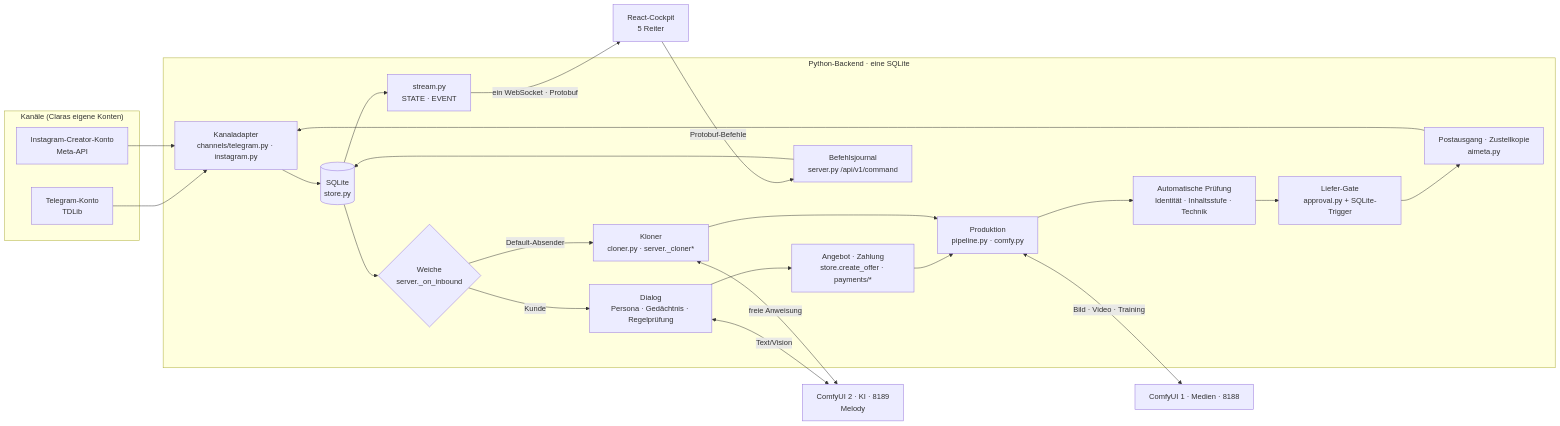
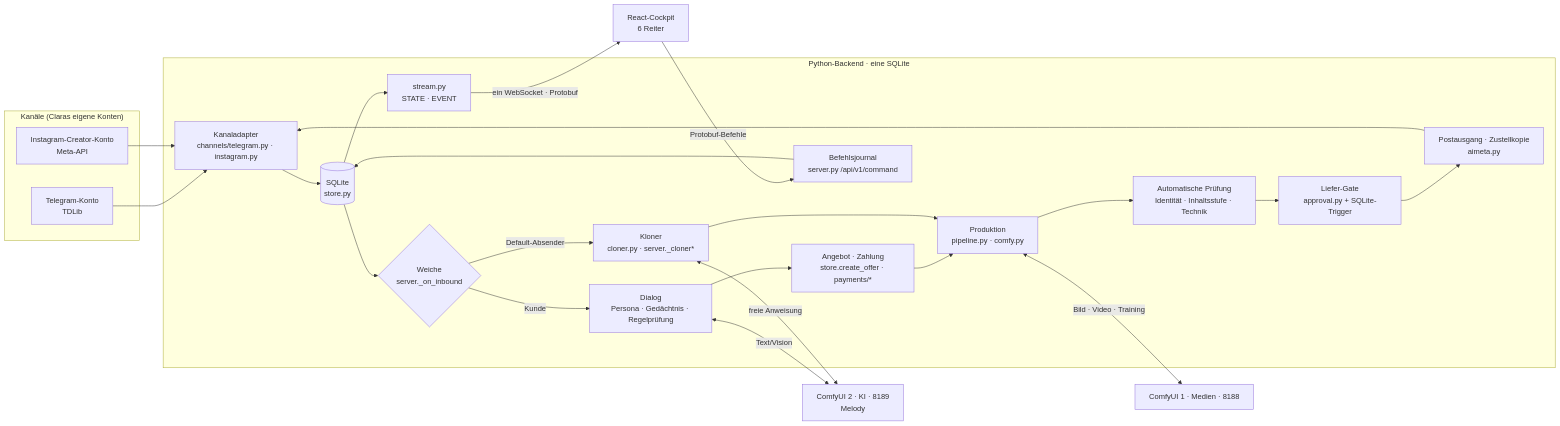
Before and after one commit to sawyerma/Darkfluenzer: the first of 3 diagrams in docs/PHASENPLAN_BACKEND.md, drawn with Mermaid. The commit also changed other lines of this file and 2 other files, not shown here.

````diff
--- a/docs/PHASENPLAN_BACKEND.md
+++ b/docs/PHASENPLAN_BACKEND.md
@@ -123,35 +125,35 @@
 ```mermaid
 flowchart LR
   subgraph Kanaele["Kanäle (Claras eigene Konten)"]
     TG["Telegram-Konto<br/>TDLib"]
     IG["Instagram-Creator-Konto<br/>Meta-API"]
   end
   subgraph BE["Python-Backend · eine SQLite"]
     AD["Kanaladapter<br/>channels/telegram.py · instagram.py"]
     ST[("SQLite<br/>store.py")]
     WE{"Weiche<br/>server._on_inbound"}
     KL["Kloner<br/>cloner.py · server._cloner*"]
     DI["Dialog<br/>Persona · Gedächtnis · Regelprüfung"]
     AN["Angebot · Zahlung<br/>store.create_offer · payments/*"]
     PR["Produktion<br/>pipeline.py · comfy.py"]
     QA["Automatische Prüfung<br/>Identität · Inhaltsstufe · Technik"]
     FG["Liefer-Gate<br/>approval.py + SQLite-Trigger"]
     PA["Postausgang · Zustellkopie<br/>aimeta.py"]
     CMD["Befehlsjournal<br/>server.py /api/v1/command"]
     SR["stream.py<br/>STATE · EVENT"]
   end
   TG --> AD
   IG --> AD
   AD --> ST --> WE
   WE -- "Default-Absender" --> KL
   WE -- "Kunde" --> DI
   DI --> AN --> PR
   KL --> PR
   PR --> QA --> FG --> PA --> AD
   DI <-- "Text/Vision" --> C2["ComfyUI 2 · KI · 8189<br/>Melody"]
   KL <-- "freie Anweisung" --> C2
   PR <-- "Bild · Video · Training" --> C1["ComfyUI 1 · Medien · 8188"]
   ST --> SR
-  SR -- "ein WebSocket · Protobuf" --> UI["React-Cockpit<br/>5 Reiter"]
+  SR -- "ein WebSocket · Protobuf" --> UI["React-Cockpit<br/>6 Reiter"]
   UI -- "Protobuf-Befehle" --> CMD --> ST
 ```
````
